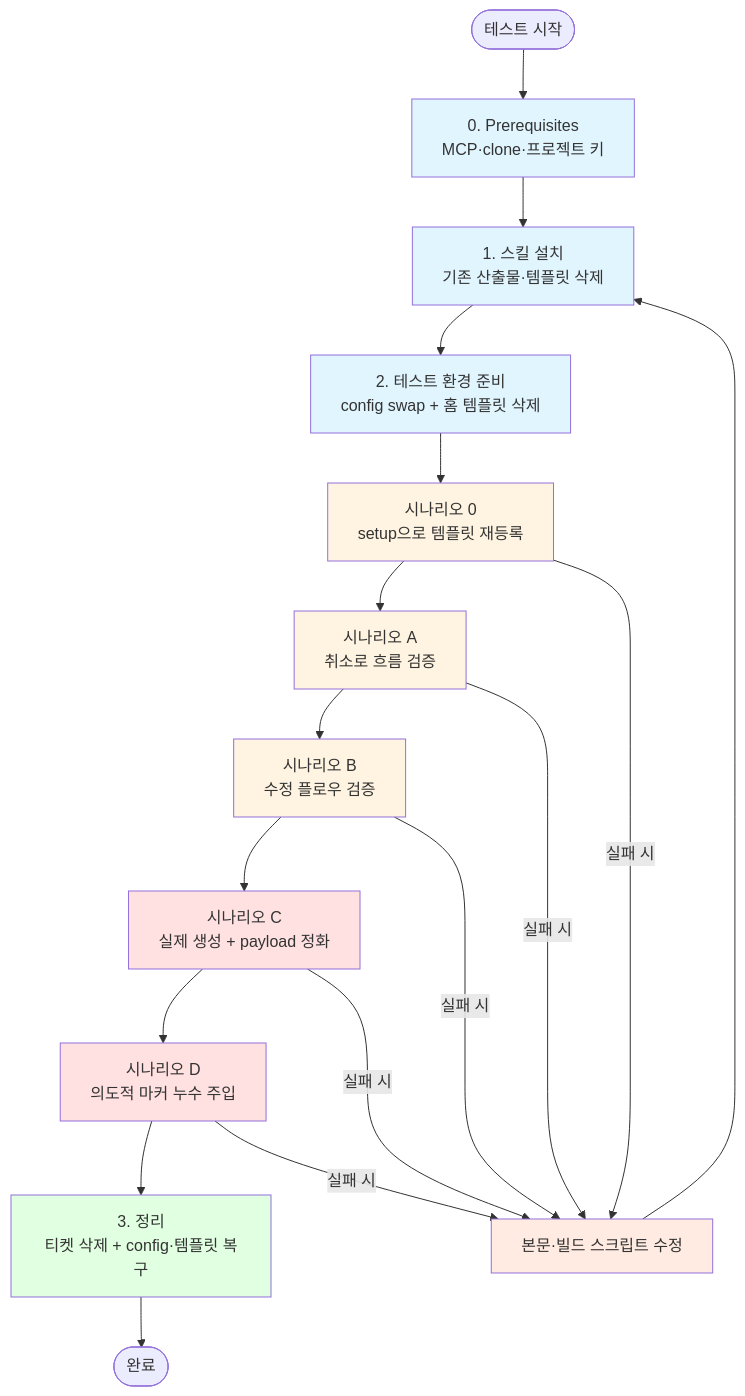
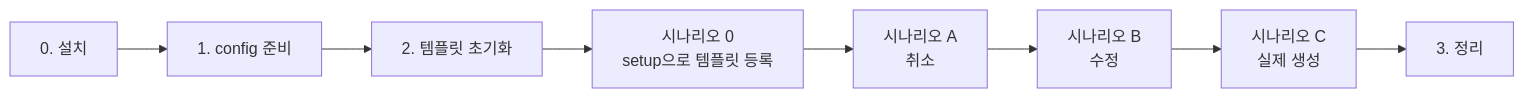
Before and after one commit to Park-Seung-Hun/atlassian-skills: the diagram in batch-create-test-workflow.md, drawn with Mermaid. The commit also changed other lines of this file and 3 other files, not shown here.

Commit message:
docs: 테스트 샘플·워크플로우 간략화

````diff
--- a/batch-create-test-workflow.md
+++ b/batch-create-test-workflow.md
@@ -20,31 +10,10 @@
 ```mermaid
-flowchart TD
-    Start([테스트 시작]) --> P[0. Prerequisites<br/>MCP·clone·프로젝트 키]
-    P --> Install[1. 스킬 설치<br/>기존 산출물·템플릿 삭제]
-    Install --> Env[2. 테스트 환경 준비<br/>config swap + 홈 템플릿 삭제]
-    Env --> S0[시나리오 0<br/>setup으로 템플릿 재등록]
-    S0 --> SA[시나리오 A<br/>취소로 흐름 검증]
-    SA --> SB[시나리오 B<br/>수정 플로우 검증]
-    SB --> SC[시나리오 C<br/>실제 생성 + payload 정화]
-    SC --> SD[시나리오 D<br/>의도적 마커 누수 주입]
-    SD --> Cleanup[3. 정리<br/>티켓 삭제 + config·템플릿 복구]
-    Cleanup --> End([완료])
-
-    S0 -->|실패 시| Fix[본문·빌드 스크립트 수정]
-    SA -->|실패 시| Fix
-    SB -->|실패 시| Fix
-    SC -->|실패 시| Fix
-    SD -->|실패 시| Fix
-    Fix --> Install
-
-    style P fill:#e1f5ff
-    style Install fill:#e1f5ff
-    style Env fill:#e1f5ff
-    style S0 fill:#fff4e1
-    style SA fill:#fff4e1
-    style SB fill:#fff4e1
-    style SC fill:#ffe1e1
-    style SD fill:#ffe1e1
-    style Cleanup fill:#e1ffe1
-    style Fix fill:#ffebe1
+flowchart LR
+    A[0. 설치] --> B[1. config 준비]
+    B --> C[2. 템플릿 초기화]
+    C --> D[시나리오 0<br/>setup으로 템플릿 등록]
+    D --> E[시나리오 A<br/>취소]
+    E --> F[시나리오 B<br/>수정]
+    F --> G[시나리오 C<br/>실제 생성]
+    G --> H[3. 정리]
 ```
````
